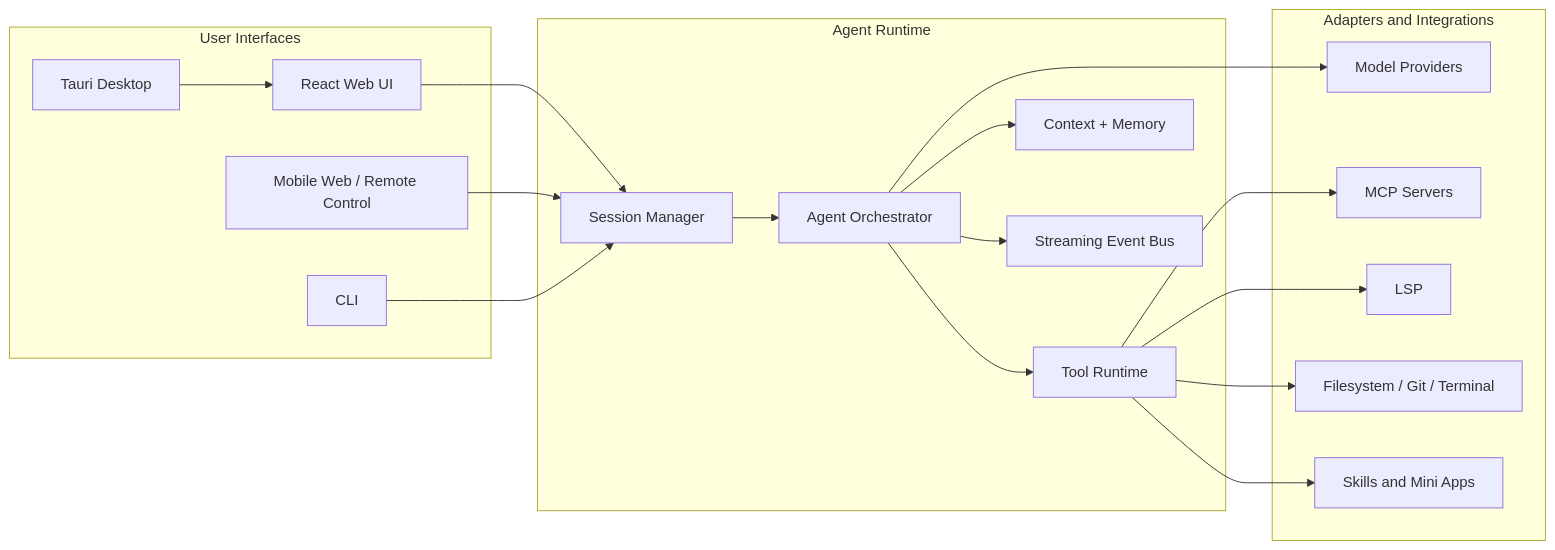
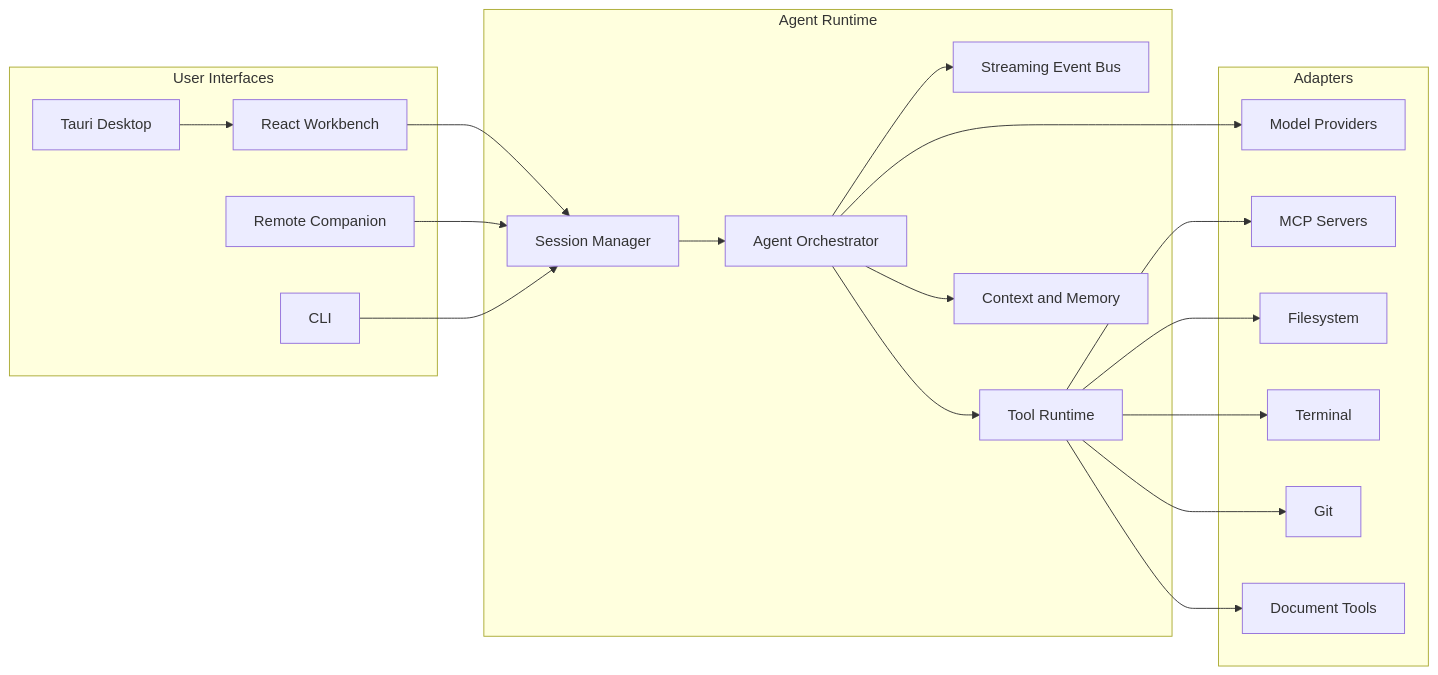
The diagram in README.md (nihaoran786-star/void), drawn with Mermaid before and after one commit. The commit also changed other lines of this file and 4 other files, not shown here.

Commit message:
docs: expand portfolio readme architecture

````diff
--- a/README.md
+++ b/README.md
@@ -44,39 +120,41 @@
 ```mermaid
 flowchart LR
   subgraph UI["User Interfaces"]
     Desktop["Tauri Desktop"]
-    WebUI["React Web UI"]
-    Mobile["Mobile Web / Remote Control"]
+    WebUI["React Workbench"]
+    Remote["Remote Companion"]
     CLI["CLI"]
   end
 
   subgraph Runtime["Agent Runtime"]
     Sessions["Session Manager"]
     Orchestrator["Agent Orchestrator"]
+    Events["Streaming Event Bus"]
     Tools["Tool Runtime"]
-    Context["Context + Memory"]
-    Events["Streaming Event Bus"]
+    Memory["Context and Memory"]
   end
 
-  subgraph Integrations["Adapters and Integrations"]
+  subgraph Adapters["Adapters"]
     Models["Model Providers"]
     MCP["MCP Servers"]
-    LSP["LSP"]
-    FS["Filesystem / Git / Terminal"]
-    Skills["Skills and Mini Apps"]
+    FS["Filesystem"]
+    Terminal["Terminal"]
+    Git["Git"]
+    Docs["Document Tools"]
   end
 
   Desktop --> WebUI
   WebUI --> Sessions
-  Mobile --> Sessions
+  Remote --> Sessions
   CLI --> Sessions
   Sessions --> Orchestrator
+  Orchestrator --> Events
   Orchestrator --> Tools
-  Orchestrator --> Context
-  Orchestrator --> Events
+  Orchestrator --> Memory
+  Orchestrator --> Models
+  Tools --> MCP
   Tools --> FS
-  Tools --> LSP
-  Tools --> MCP
-  Tools --> Skills
-  Orchestrator --> Models
+  Tools --> Terminal
+  Tools --> Git
+  Tools --> Docs
 ```
````
